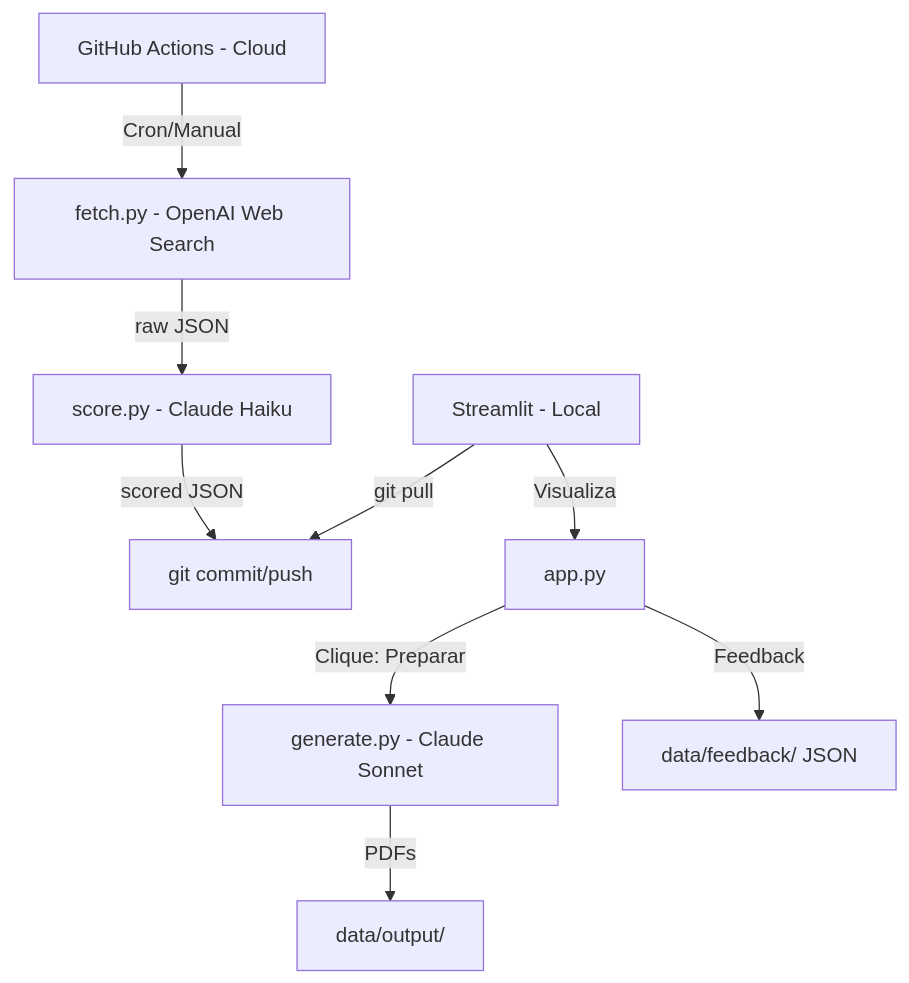
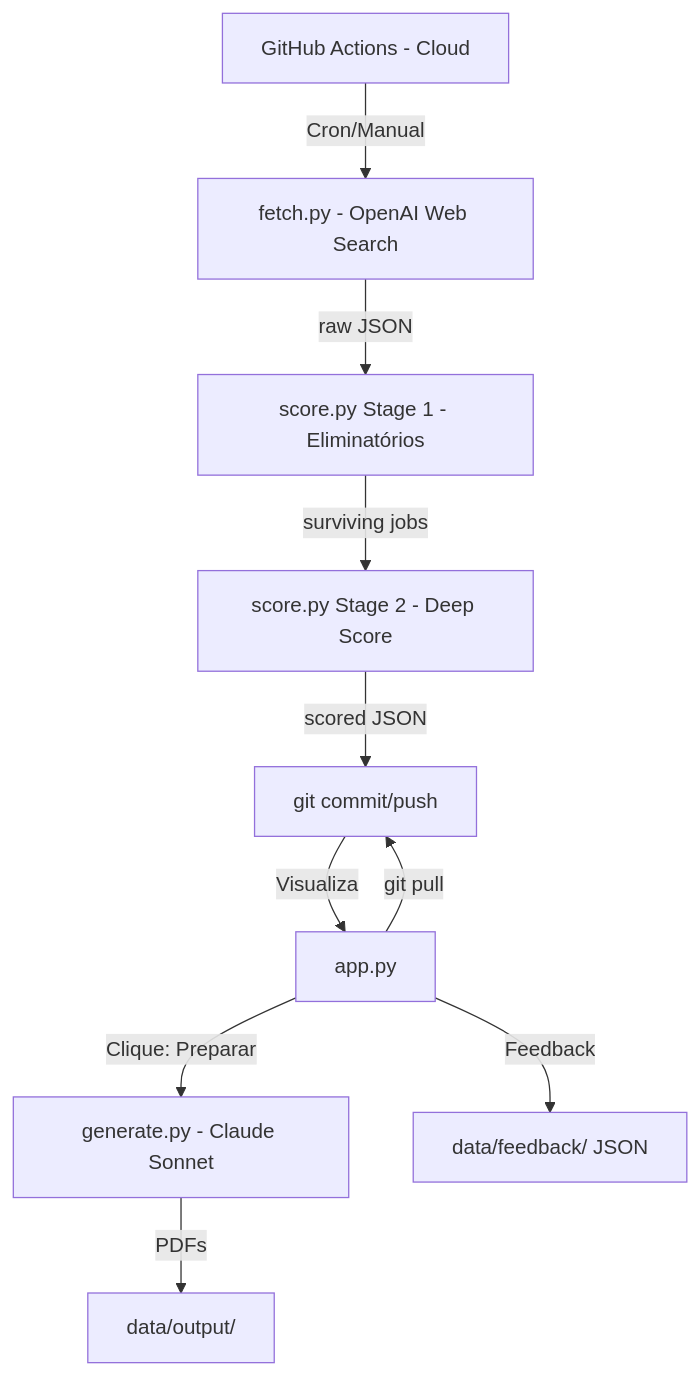
One commit to gmaiarviana/job_radar changed the diagram in ARCHITECTURE.md. Above: the diagram before and after it, drawn with Mermaid. The commit also changed other lines of this file and 2 other files, not shown here.

Commit message:
docs: adiciona débitos técnicos e pendências ao ROADMAP pós-sessão 23/02

````diff
--- a/ARCHITECTURE.md
+++ b/ARCHITECTURE.md
@@ -11,12 +11,13 @@
 ```mermaid
 graph TD
     A[GitHub Actions - Cloud] -->|Cron/Manual| B[fetch.py - OpenAI Web Search]
-    B -->|raw JSON| C[score.py - Claude Haiku]
-    C -->|scored JSON| D[git commit/push]
+    B -->|raw JSON| C[score.py Stage 1 - Eliminatórios]
+    C -->|surviving jobs| D[score.py Stage 2 - Deep Score]
+    D -->|scored JSON| E[git commit/push]
     
-    E[Streamlit - Local] -->|git pull| D
+    F[Streamlit - Local] -->|git pull| E
     E -->|Visualiza| F[app.py]
     F -->|Clique: Preparar| G[generate.py - Claude Sonnet]
     G -->|PDFs| H[data/output/]
     F -->|Feedback| I[data/feedback/ JSON]
 ```
````
